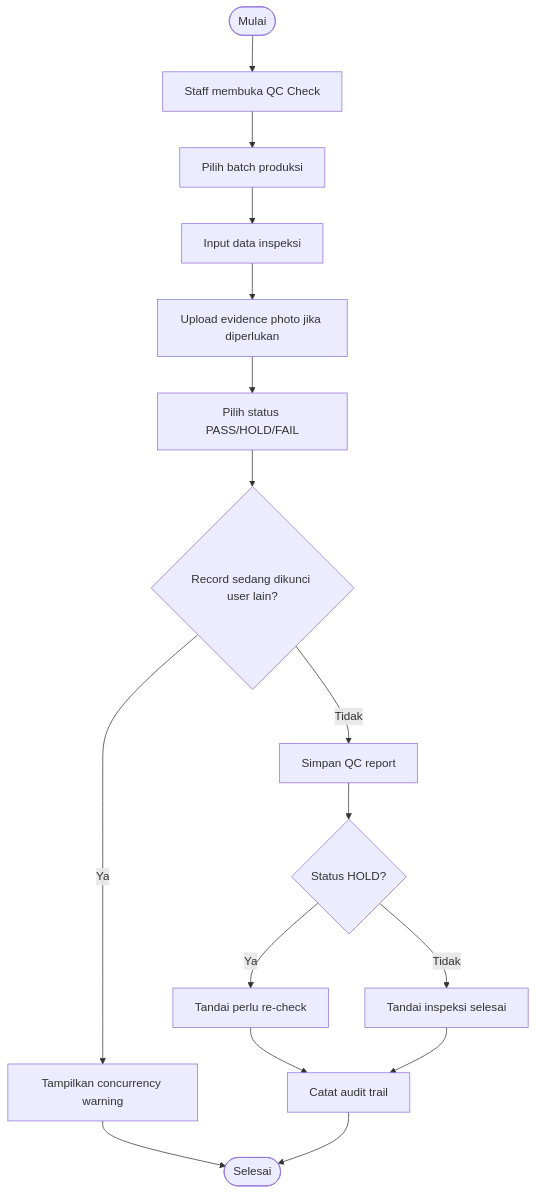
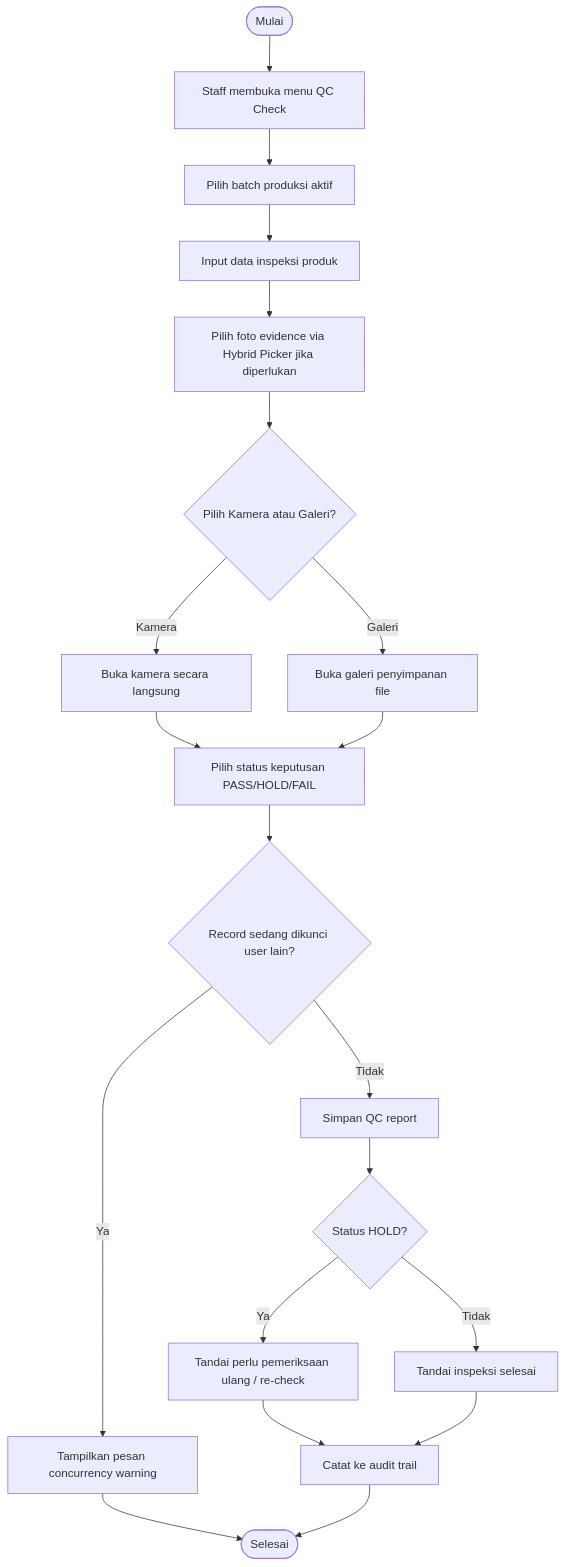
Before and after one commit to riomikail28/Project_QC: the fourth of 7 diagrams in docs/diagrams/ACTIVITY_DIAGRAM.md, drawn with Mermaid. The commit also changed other lines of this file and 12 other files, not shown here.

````diff
--- a/docs/diagrams/ACTIVITY_DIAGRAM.md
+++ b/docs/diagrams/ACTIVITY_DIAGRAM.md
@@ -66,18 +75,22 @@
 ```mermaid
 flowchart TD
-    A([Mulai]) --> B[Staff membuka QC Check]
-    B --> C[Pilih batch produksi]
-    C --> D[Input data inspeksi]
-    D --> E[Upload evidence photo jika diperlukan]
-    E --> F[Pilih status PASS/HOLD/FAIL]
-    F --> G{Record sedang dikunci user lain?}
-    G -- Ya --> H[Tampilkan concurrency warning]
-    H --> Z([Selesai])
-    G -- Tidak --> I[Simpan QC report]
-    I --> J{Status HOLD?}
-    J -- Ya --> K[Tandai perlu re-check]
-    J -- Tidak --> L[Tandai inspeksi selesai]
-    K --> M[Catat audit trail]
-    L --> M
-    M --> Z
+    A([Mulai]) --> B[Staff membuka menu QC Check]
+    B --> C[Pilih batch produksi aktif]
+    C --> D[Input data inspeksi produk]
+    D --> E[Pilih foto evidence via Hybrid Picker jika diperlukan]
+    E --> F{Pilih Kamera atau Galeri?}
+    F -- Kamera --> G[Buka kamera secara langsung]
+    F -- Galeri --> H[Buka galeri penyimpanan file]
+    G --> I[Pilih status keputusan PASS/HOLD/FAIL]
+    H --> I
+    I --> J{Record sedang dikunci user lain?}
+    J -- Ya --> K[Tampilkan pesan concurrency warning]
+    K --> Z([Selesai])
+    J -- Tidak --> L[Simpan QC report]
+    L --> M{Status HOLD?}
+    M -- Ya --> N[Tandai perlu pemeriksaan ulang / re-check]
+    M -- Tidak --> O[Tandai inspeksi selesai]
+    N --> P[Catat ke audit trail]
+    O --> P
+    P --> Z
 ```
````
